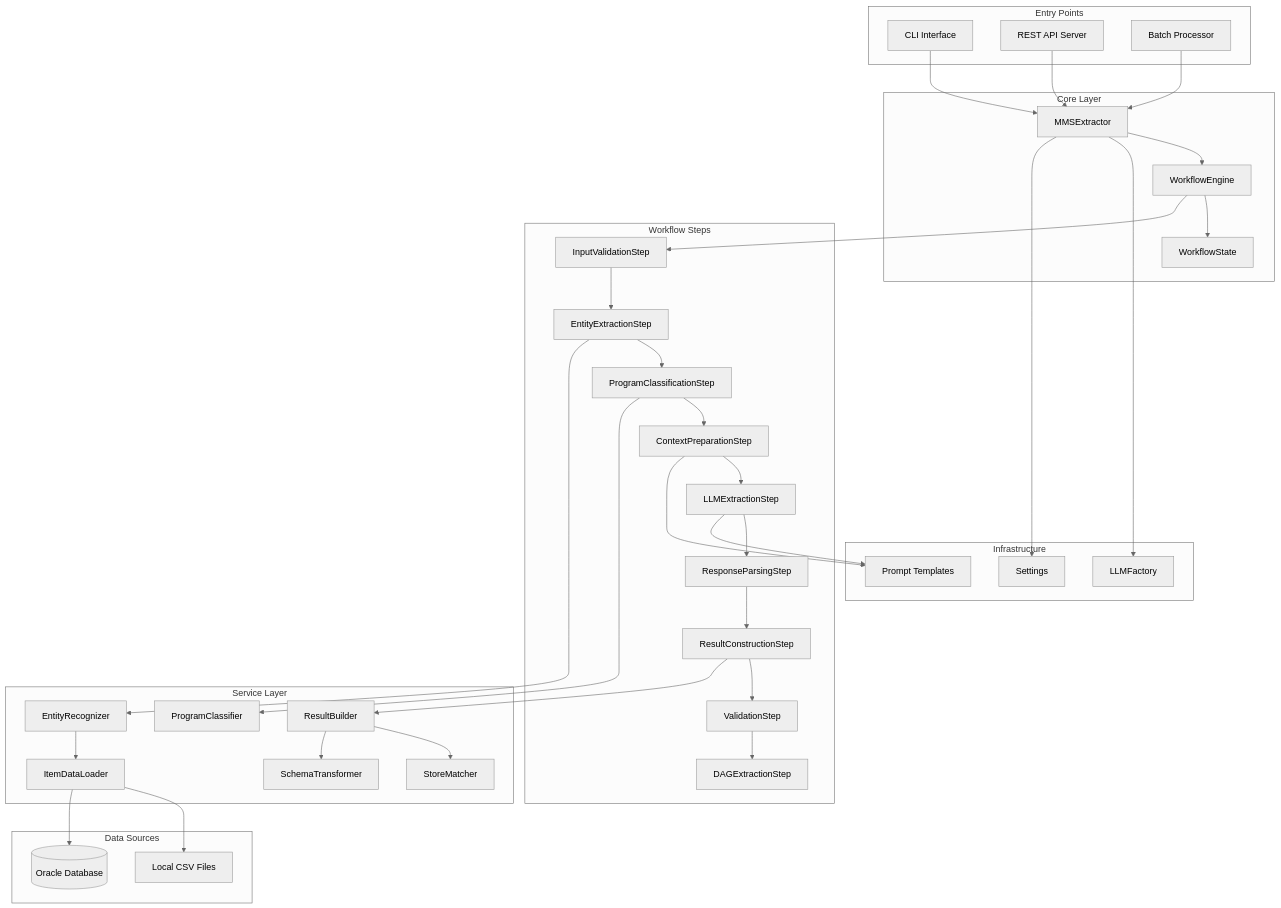
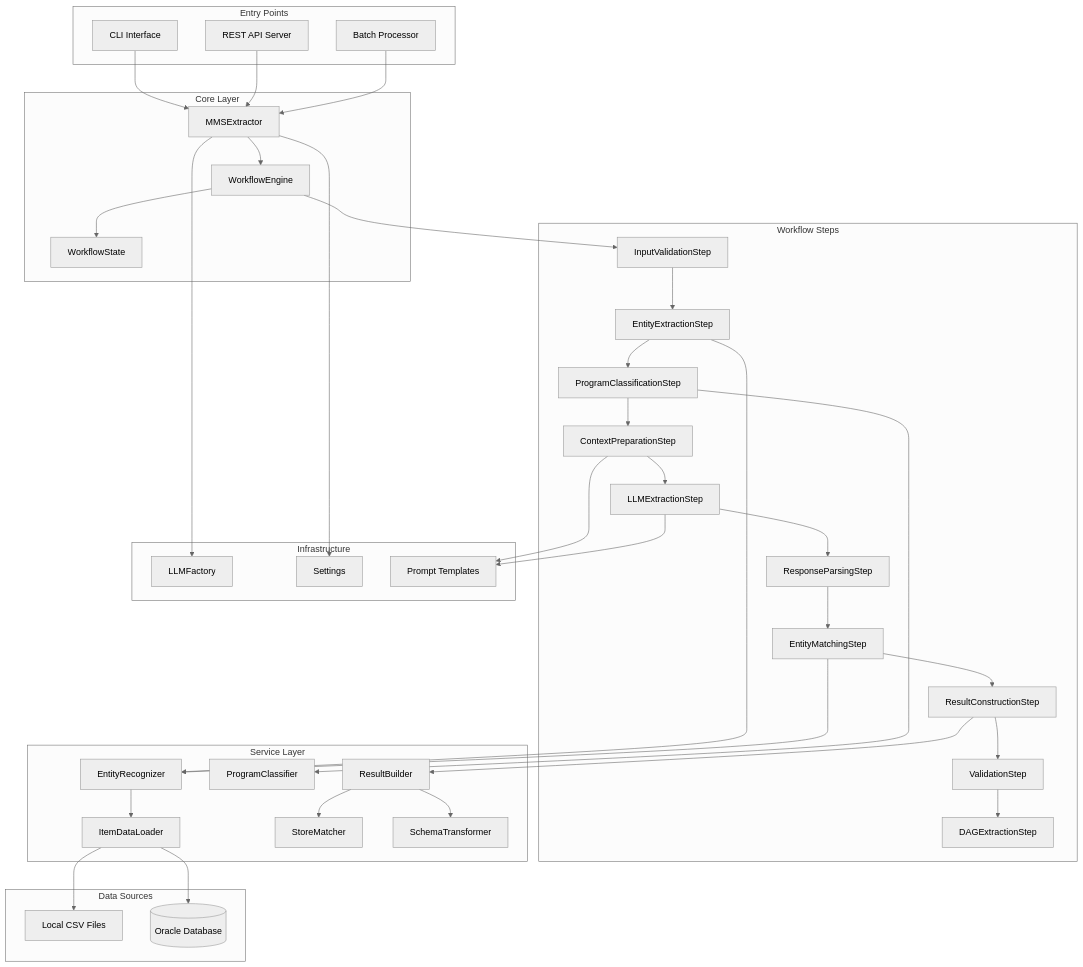
The first of 4 diagrams in mms_extractor_exp/docs/ARCHITECTURE.md (yonggoghi/AgenticWorkflow), drawn with Mermaid (neutral theme) before and after one commit. The commit also changed other lines of this file and 6 other files, not shown here.

First line of the commit message:
Update docs for 10-step pipeline with EntityMatchingStep

````diff
--- a/mms_extractor_exp/docs/ARCHITECTURE.md
+++ b/mms_extractor_exp/docs/ARCHITECTURE.md
@@ -30,79 +30,82 @@
 ```mermaid
 graph TB
     subgraph EntryPoints["Entry Points"]
         CLI[CLI Interface]
         API[REST API Server]
         BATCH[Batch Processor]
     end
     
     subgraph CoreLayer["Core Layer"]
         EXTRACTOR[MMSExtractor]
         ENGINE[WorkflowEngine]
         STATE[WorkflowState]
     end
     
     subgraph WorkflowSteps["Workflow Steps"]
         STEP1[InputValidationStep]
         STEP2[EntityExtractionStep]
         STEP3[ProgramClassificationStep]
         STEP4[ContextPreparationStep]
         STEP5[LLMExtractionStep]
         STEP6[ResponseParsingStep]
-        STEP7[ResultConstructionStep]
-        STEP8[ValidationStep]
-        STEP9[DAGExtractionStep]
+        STEP7[EntityMatchingStep]
+        STEP8[ResultConstructionStep]
+        STEP9[ValidationStep]
+        STEP10[DAGExtractionStep]
     end
     
     subgraph ServiceLayer["Service Layer"]
         RECOGNIZER[EntityRecognizer]
         LOADER[ItemDataLoader]
         CLASSIFIER[ProgramClassifier]
         MATCHER[StoreMatcher]
         BUILDER[ResultBuilder]
         TRANSFORMER[SchemaTransformer]
     end
     
     subgraph Infrastructure["Infrastructure"]
         LLM_FACTORY[LLMFactory]
         CONFIG[Settings]
         PROMPTS[Prompt Templates]
     end
     
     subgraph DataSources["Data Sources"]
         CSV[Local CSV Files]
         DB[(Oracle Database)]
     end
     
     CLI --> EXTRACTOR
     API --> EXTRACTOR
     BATCH --> EXTRACTOR
     
     EXTRACTOR --> ENGINE
     ENGINE --> STATE
     
     ENGINE --> STEP1
     STEP1 --> STEP2
     STEP2 --> STEP3
     STEP3 --> STEP4
     STEP4 --> STEP5
     STEP5 --> STEP6
     STEP6 --> STEP7
     STEP7 --> STEP8
     STEP8 --> STEP9
-    
+    STEP9 --> STEP10
+
     STEP2 --> RECOGNIZER
     STEP3 --> CLASSIFIER
-    STEP7 --> BUILDER
-    
+    STEP7 --> RECOGNIZER
+    STEP8 --> BUILDER
+
     RECOGNIZER --> LOADER
     BUILDER --> MATCHER
     BUILDER --> TRANSFORMER
     
     EXTRACTOR --> LLM_FACTORY
     EXTRACTOR --> CONFIG
     STEP4 --> PROMPTS
     STEP5 --> PROMPTS
     
     LOADER --> CSV
     LOADER --> DB
 ```
````
